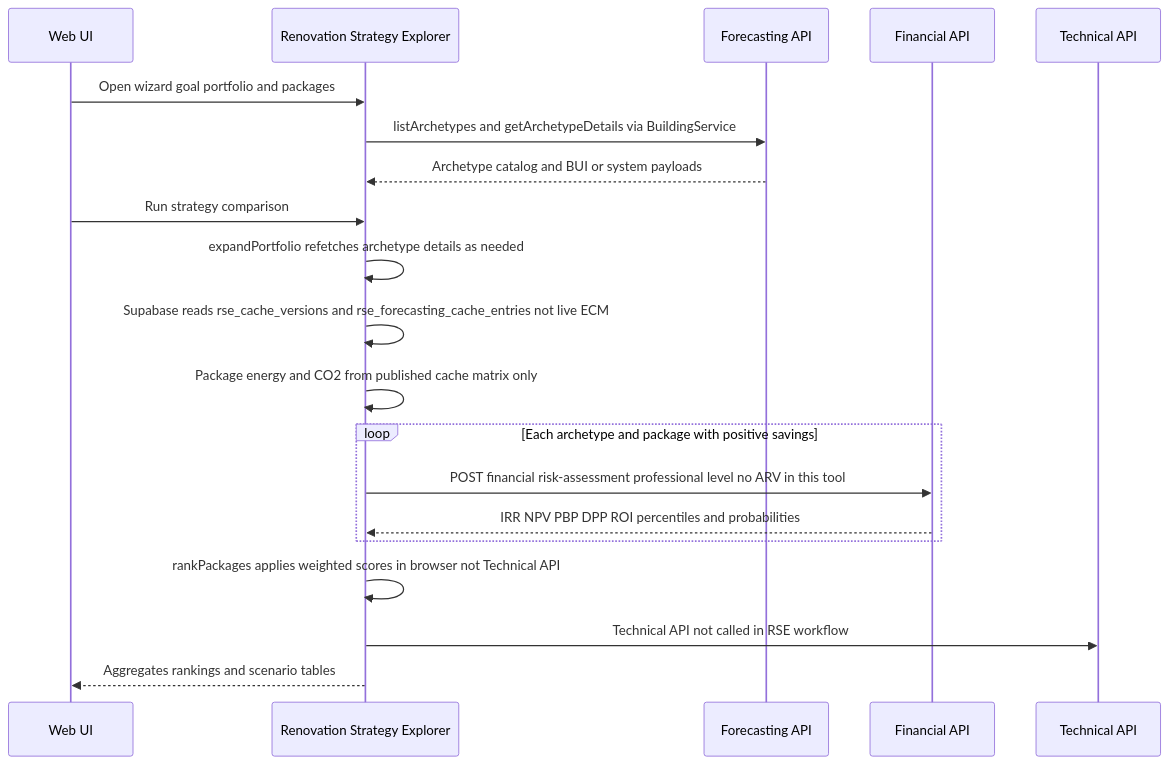
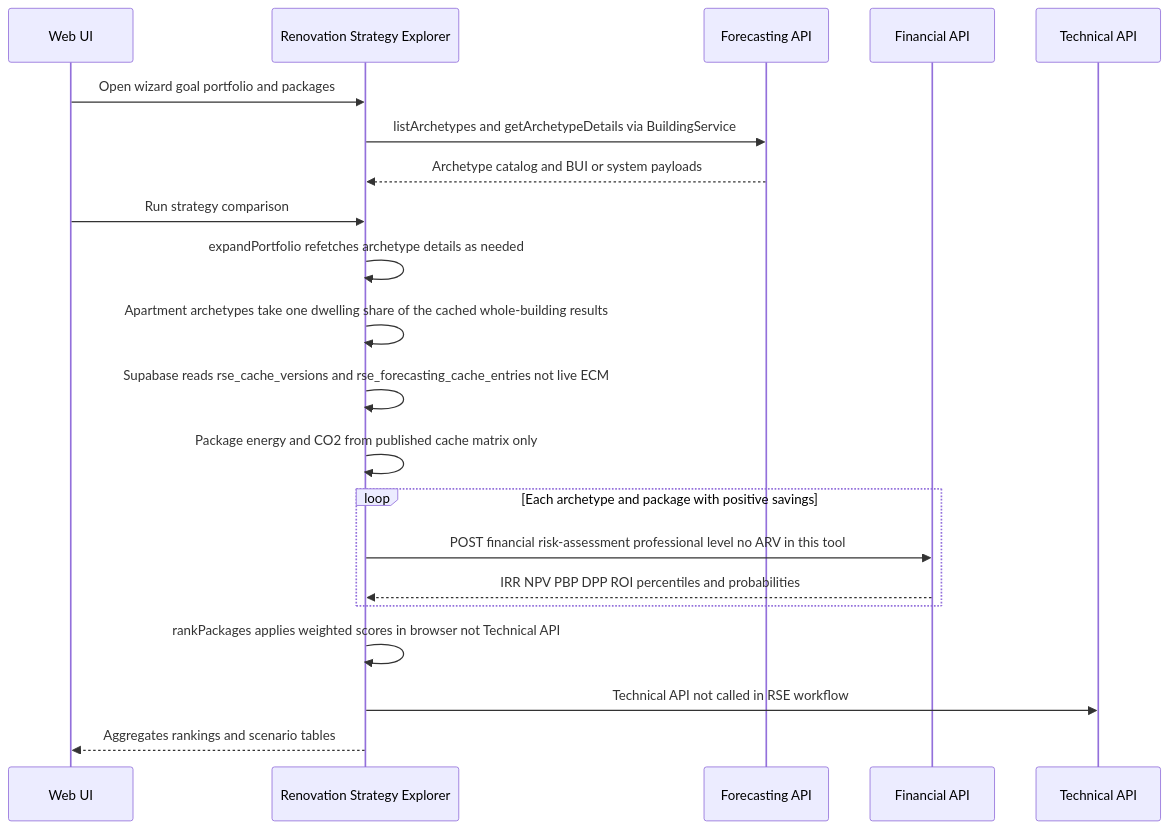
The fifth of 6 diagrams in README.md (ReLIFE-Project-EU/relife-web-ui), drawn with Mermaid before and after one commit. The commit also changed 28 other files, not shown here.

Commit message:
✨ Model RSE apartment archetypes as dwellings (closes #76)

````diff
--- a/README.md
+++ b/README.md
@@ -231,23 +231,24 @@
 ```mermaid
 sequenceDiagram
     participant UI as Web UI
     participant RSE as Renovation Strategy Explorer
     participant FCAST as Forecasting API
     participant FIN as Financial API
     participant TECH as Technical API
 
     UI->>RSE: Open wizard goal portfolio and packages
     RSE->>FCAST: listArchetypes and getArchetypeDetails via BuildingService
     FCAST-->>RSE: Archetype catalog and BUI or system payloads
     UI->>RSE: Run strategy comparison
     RSE->>RSE: expandPortfolio refetches archetype details as needed
+    RSE->>RSE: Apartment archetypes take one dwelling share of the cached whole-building results
     RSE->>RSE: Supabase reads rse_cache_versions and rse_forecasting_cache_entries not live ECM
     RSE->>RSE: Package energy and CO2 from published cache matrix only
     loop Each archetype and package with positive savings
         RSE->>FIN: POST financial risk-assessment professional level no ARV in this tool
         FIN-->>RSE: IRR NPV PBP DPP ROI percentiles and probabilities
     end
     RSE->>RSE: rankPackages applies weighted scores in browser not Technical API
     RSE->>TECH: Technical API not called in RSE workflow
     RSE-->>UI: Aggregates rankings and scenario tables
 ```
````
